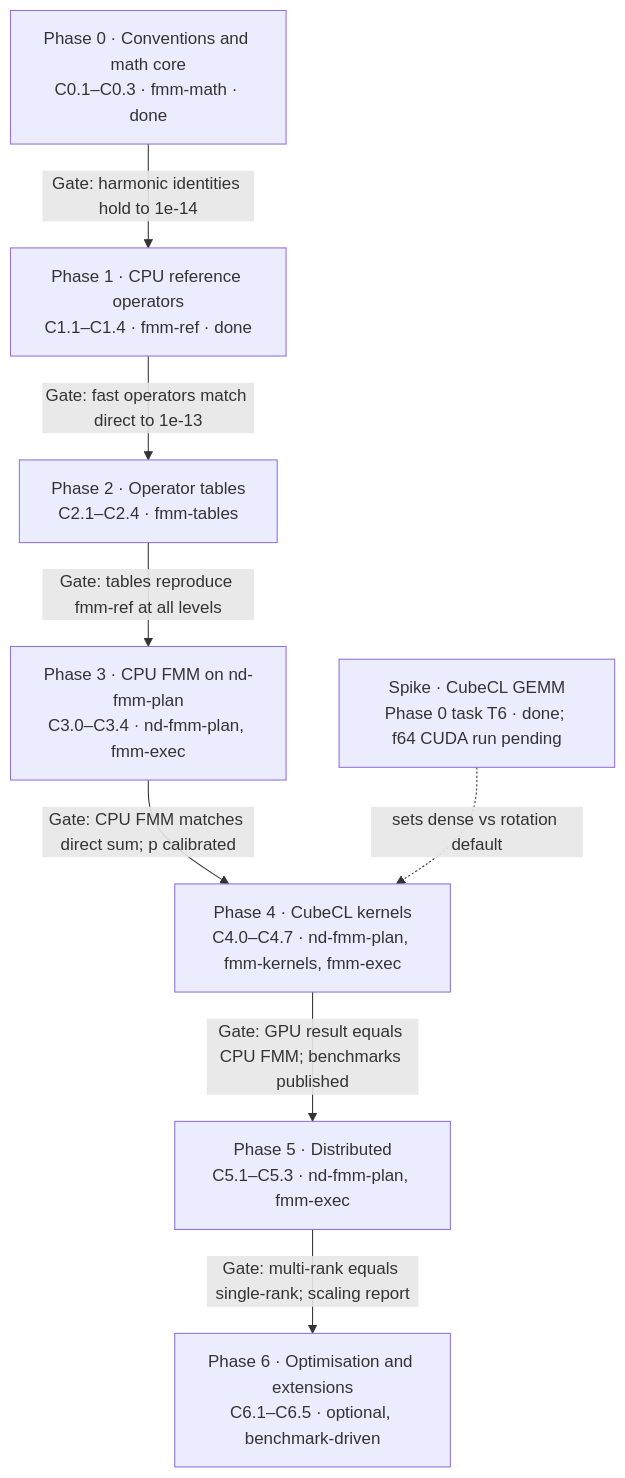
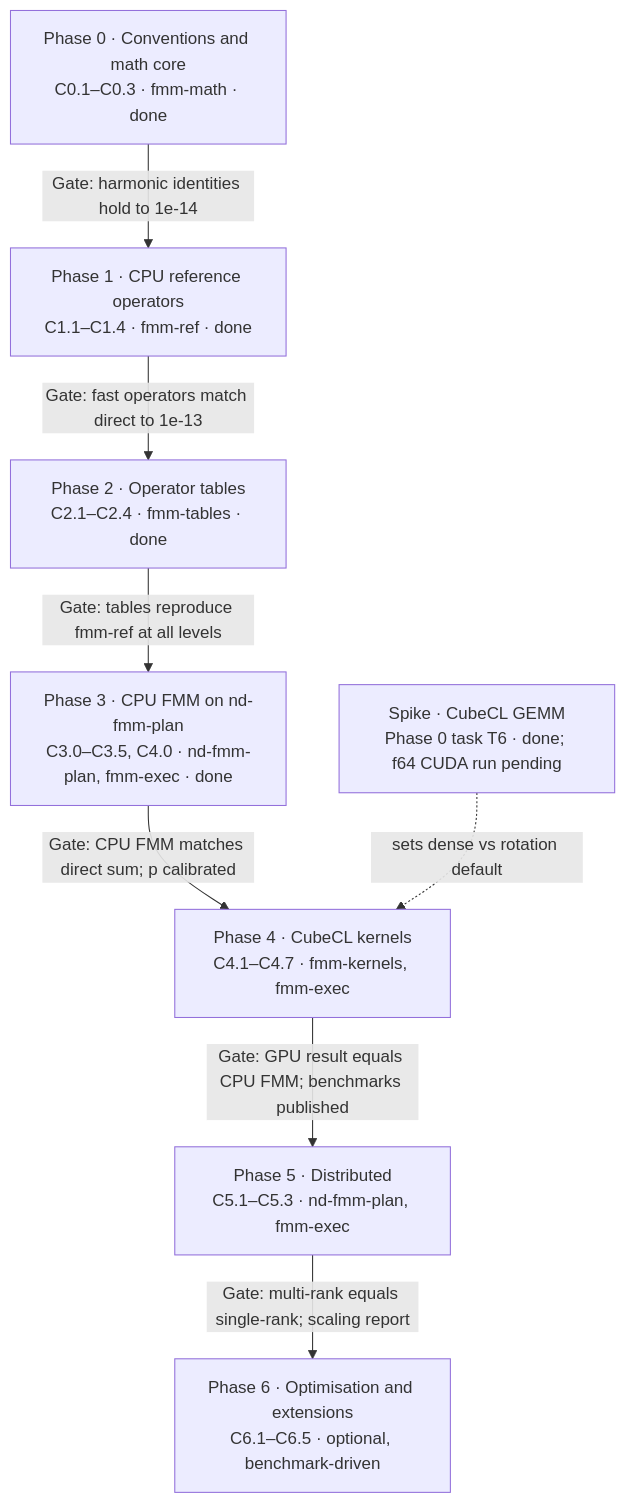
The second of 2 diagrams in docs/design/laplace-fmm-plan.md (tbetcke/fmm), drawn with Mermaid before and after one commit. The commit also changed other lines of this file and 6 other files, not shown here.

First line of the commit message:
Calibrate p against FMM accuracy and update the design documents (Phase 3 T12, C3.4)

````diff
--- a/docs/design/laplace-fmm-plan.md
+++ b/docs/design/laplace-fmm-plan.md
@@ -643,18 +775,18 @@
 ```mermaid
 flowchart TB
   P0["Phase 0 · Conventions and math core<br/>C0.1–C0.3 · fmm-math · done"]
   P1["Phase 1 · CPU reference operators<br/>C1.1–C1.4 · fmm-ref · done"]
-  P2["Phase 2 · Operator tables<br/>C2.1–C2.4 · fmm-tables"]
-  P3["Phase 3 · CPU FMM on nd-fmm-plan<br/>C3.0–C3.4 · nd-fmm-plan, fmm-exec"]
-  P4["Phase 4 · CubeCL kernels<br/>C4.0–C4.7 · nd-fmm-plan, fmm-kernels, fmm-exec"]
+  P2["Phase 2 · Operator tables<br/>C2.1–C2.4 · fmm-tables · done"]
+  P3["Phase 3 · CPU FMM on nd-fmm-plan<br/>C3.0–C3.5, C4.0 · nd-fmm-plan, fmm-exec · done"]
+  P4["Phase 4 · CubeCL kernels<br/>C4.1–C4.7 · fmm-kernels, fmm-exec"]
   P5["Phase 5 · Distributed<br/>C5.1–C5.3 · nd-fmm-plan, fmm-exec"]
   P6["Phase 6 · Optimisation and extensions<br/>C6.1–C6.5 · optional, benchmark-driven"]
   S["Spike · CubeCL GEMM<br/>Phase 0 task T6 · done; f64 CUDA run pending"]
   P0 -- "Gate: harmonic identities hold to 1e-14" --> P1
   P1 -- "Gate: fast operators match direct to 1e-13" --> P2
   P2 -- "Gate: tables reproduce fmm-ref at all levels" --> P3
   P3 -- "Gate: CPU FMM matches direct sum; p calibrated" --> P4
   P4 -- "Gate: GPU result equals CPU FMM; benchmarks published" --> P5
   P5 -- "Gate: multi-rank equals single-rank; scaling report" --> P6
   S -. "sets dense vs rotation default" .-> P4
 ```
````
